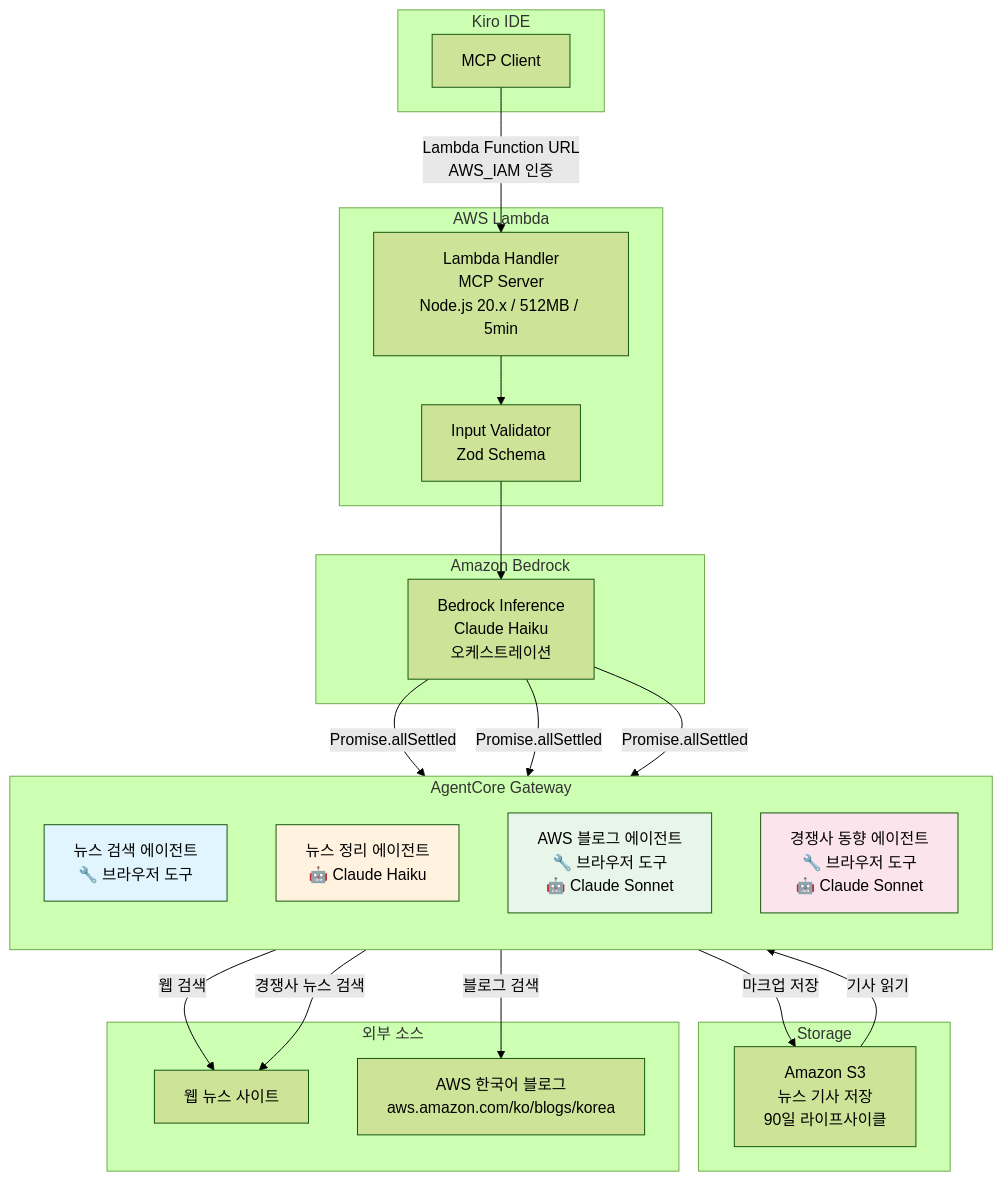
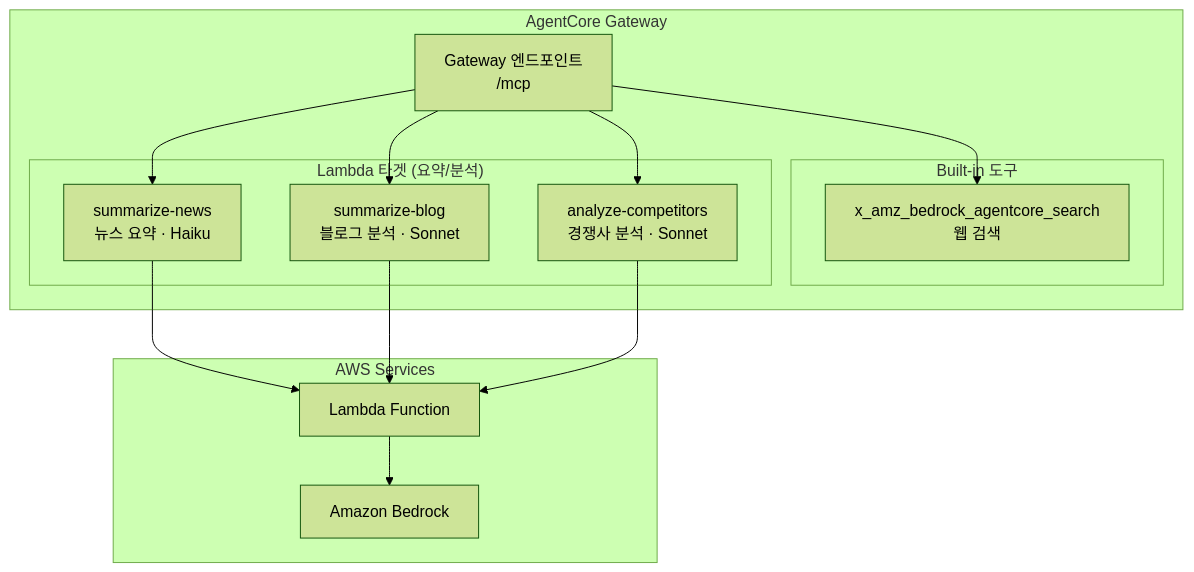
The third of 3 diagrams in README.md (awskyosej/trendbot), drawn with Mermaid (forest theme) before and after one commit. The commit also changed other lines of this file, not shown here.

First line of the commit message:
Revise README for project overview and architecture

````diff
--- a/README.md
+++ b/README.md
@@ -93,51 +98,30 @@
 ```mermaid
 graph TB
-    subgraph "Kiro IDE"
-        MC[MCP Client]
+    subgraph "AgentCore Gateway"
+        GW[Gateway 엔드포인트<br/>/mcp]
+
+        subgraph "Built-in 도구"
+            SEARCH[x_amz_bedrock_agentcore_search<br/>웹 검색]
+        end
+
+        subgraph "Lambda 타겟 (요약/분석)"
+            T1[summarize-news<br/>뉴스 요약 · Haiku]
+            T2[summarize-blog<br/>블로그 분석 · Sonnet]
+            T3[analyze-competitors<br/>경쟁사 분석 · Sonnet]
+        end
     end
 
-    subgraph "AWS Lambda"
-        LH[Lambda Handler<br/>MCP Server<br/>Node.js 20.x / 512MB / 5min]
-        IV[Input Validator<br/>Zod Schema]
+    subgraph "AWS Services"
+        LAMBDA[Lambda Function]
+        BEDROCK[Amazon Bedrock]
     end
 
-    subgraph "Amazon Bedrock"
-        BI[Bedrock Inference<br/>Claude Haiku<br/>오케스트레이션]
-    end
-
-    subgraph "AgentCore Gateway"
-        direction TB
-        AG_NEWS[뉴스 검색 에이전트<br/>🔧 브라우저 도구]
-        AG_SUMMARY[뉴스 정리 에이전트<br/>🤖 Claude Haiku]
-        AG_BLOG[AWS 블로그 에이전트<br/>🔧 브라우저 도구<br/>🤖 Claude Sonnet]
-        AG_COMP[경쟁사 동향 에이전트<br/>🔧 브라우저 도구<br/>🤖 Claude Sonnet]
-    end
-
-    subgraph "Storage"
-        S3[Amazon S3<br/>뉴스 기사 저장<br/>90일 라이프사이클]
-    end
-
-    subgraph "외부 소스"
-        WEB[웹 뉴스 사이트]
-        BLOG[AWS 한국어 블로그<br/>aws.amazon.com/ko/blogs/korea]
-    end
-
-    MC -->|Lambda Function URL<br/>AWS_IAM 인증| LH
-    LH --> IV
-    IV --> BI
-
-    BI -->|Promise.allSettled| AG_NEWS
-    BI -->|Promise.allSettled| AG_BLOG
-    BI -->|Promise.allSettled| AG_COMP
-
-    AG_NEWS -->|웹 검색| WEB
-    AG_NEWS -->|마크업 저장| S3
-    S3 -->|기사 읽기| AG_SUMMARY
-    AG_BLOG -->|블로그 검색| BLOG
-    AG_COMP -->|경쟁사 뉴스 검색| WEB
-
-    style AG_NEWS fill:#e1f5fe
-    style AG_SUMMARY fill:#fff3e0
-    style AG_BLOG fill:#e8f5e9
-    style AG_COMP fill:#fce4ec
+    GW --> SEARCH
+    GW --> T1
+    GW --> T2
+    GW --> T3
+    T1 --> LAMBDA
+    T2 --> LAMBDA
+    T3 --> LAMBDA
+    LAMBDA --> BEDROCK
 ```
````
